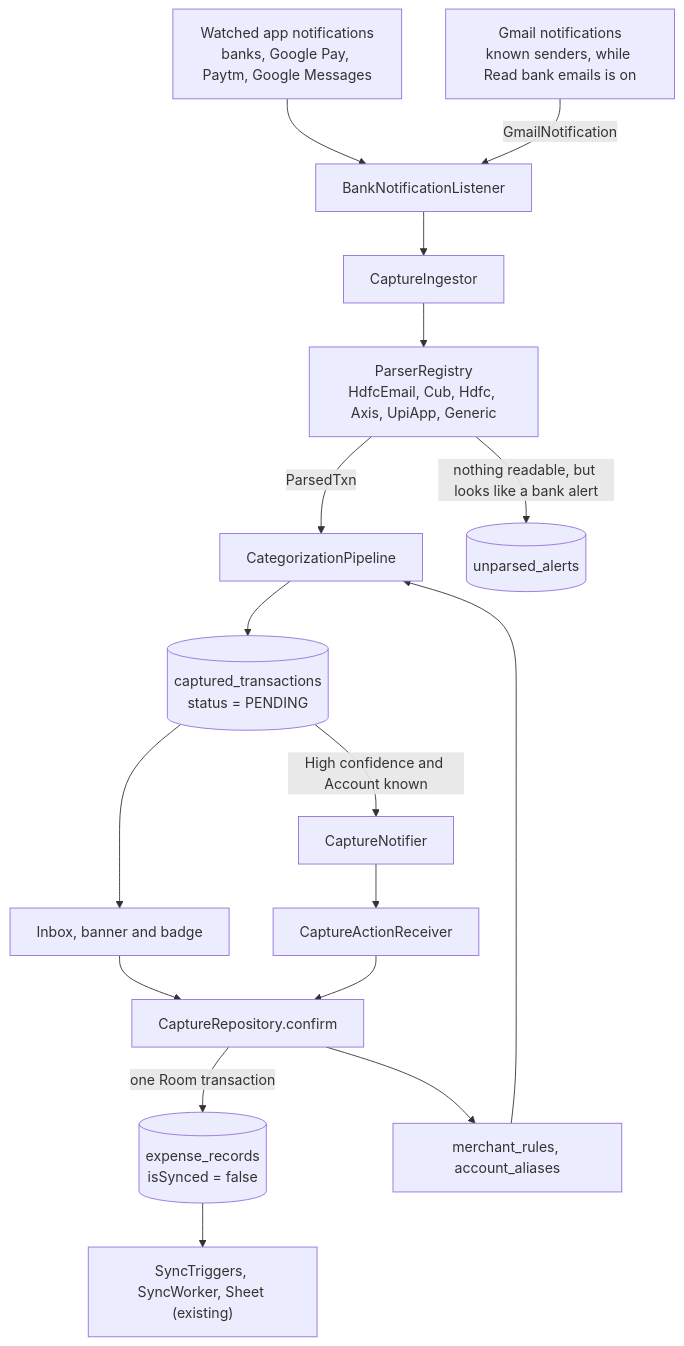
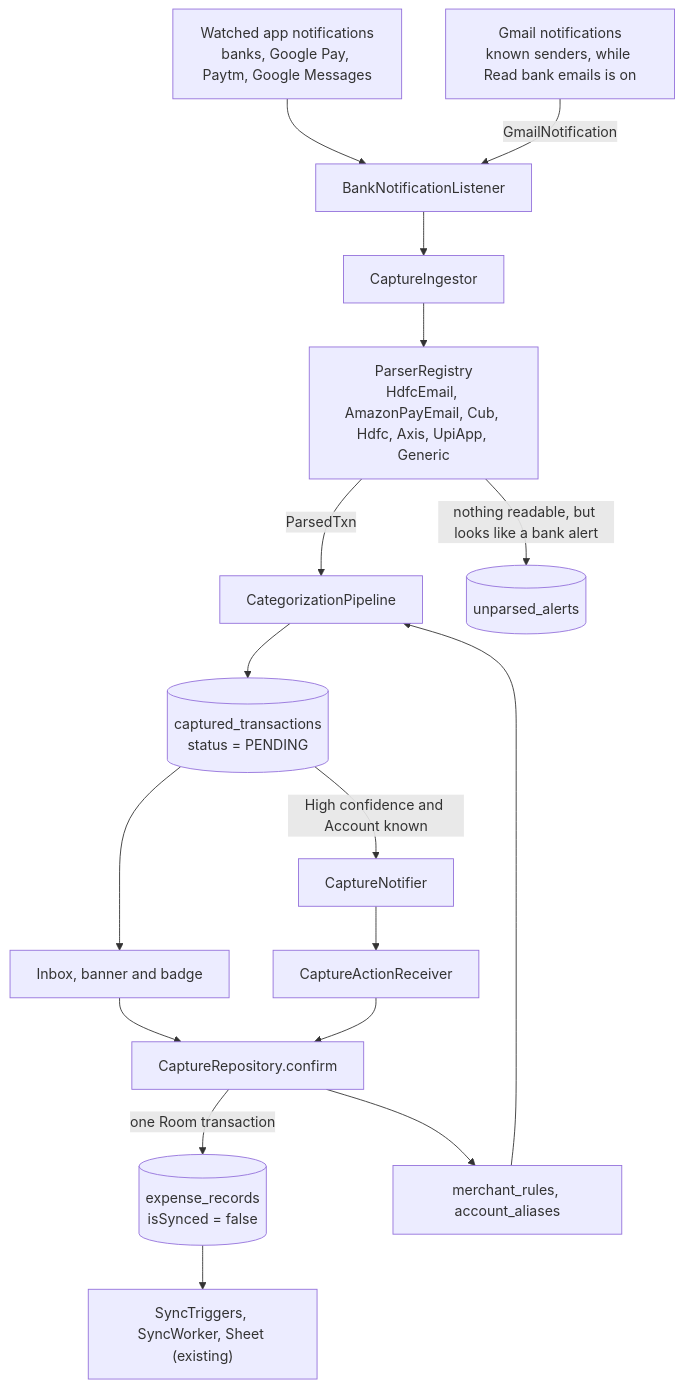
The diagram in docs/AUTO_CAPTURE.md (issaczerubbabela/L-Edgar), drawn with Mermaid before and after one commit. The commit also changed other lines of this file and 21 other files, not shown here.

First line of the commit message:
Auto-capture: read Amazon Pay Balance emails, with aliases by source and a cashback kind (#181)

````diff
--- a/docs/AUTO_CAPTURE.md
+++ b/docs/AUTO_CAPTURE.md
@@ -101,19 +101,19 @@
 ```mermaid
 graph TD
     SRC["Watched app notifications<br/>banks, Google Pay, Paytm, Google Messages"] --> L[BankNotificationListener]
     GM["Gmail notifications<br/>known senders, while Read bank emails is on"] -->|"GmailNotification"| L
     L --> ING[CaptureIngestor]
-    ING --> REG["ParserRegistry<br/>HdfcEmail, Cub, Hdfc, Axis, UpiApp, Generic"]
+    ING --> REG["ParserRegistry<br/>HdfcEmail, AmazonPayEmail, Cub, Hdfc, Axis, UpiApp, Generic"]
     REG -->|"ParsedTxn"| CAT[CategorizationPipeline]
     REG -->|"nothing readable, but looks like a bank alert"| UNP[("unparsed_alerts")]
     CAT --> CAP[("captured_transactions<br/>status = PENDING")]
     CAP --> UI["Inbox, banner and badge"]
     CAP -->|"High confidence and Account known"| NOTI[CaptureNotifier]
     NOTI --> ACT[CaptureActionReceiver]
     UI --> REPO["CaptureRepository.confirm"]
     ACT --> REPO
     REPO -->|"one Room transaction"| EXP[("expense_records<br/>isSynced = false")]
     REPO --> LEARN["merchant_rules, account_aliases"]
     EXP --> SYNC["SyncTriggers, SyncWorker, Sheet (existing)"]
     LEARN --> CAT
 ```
````
